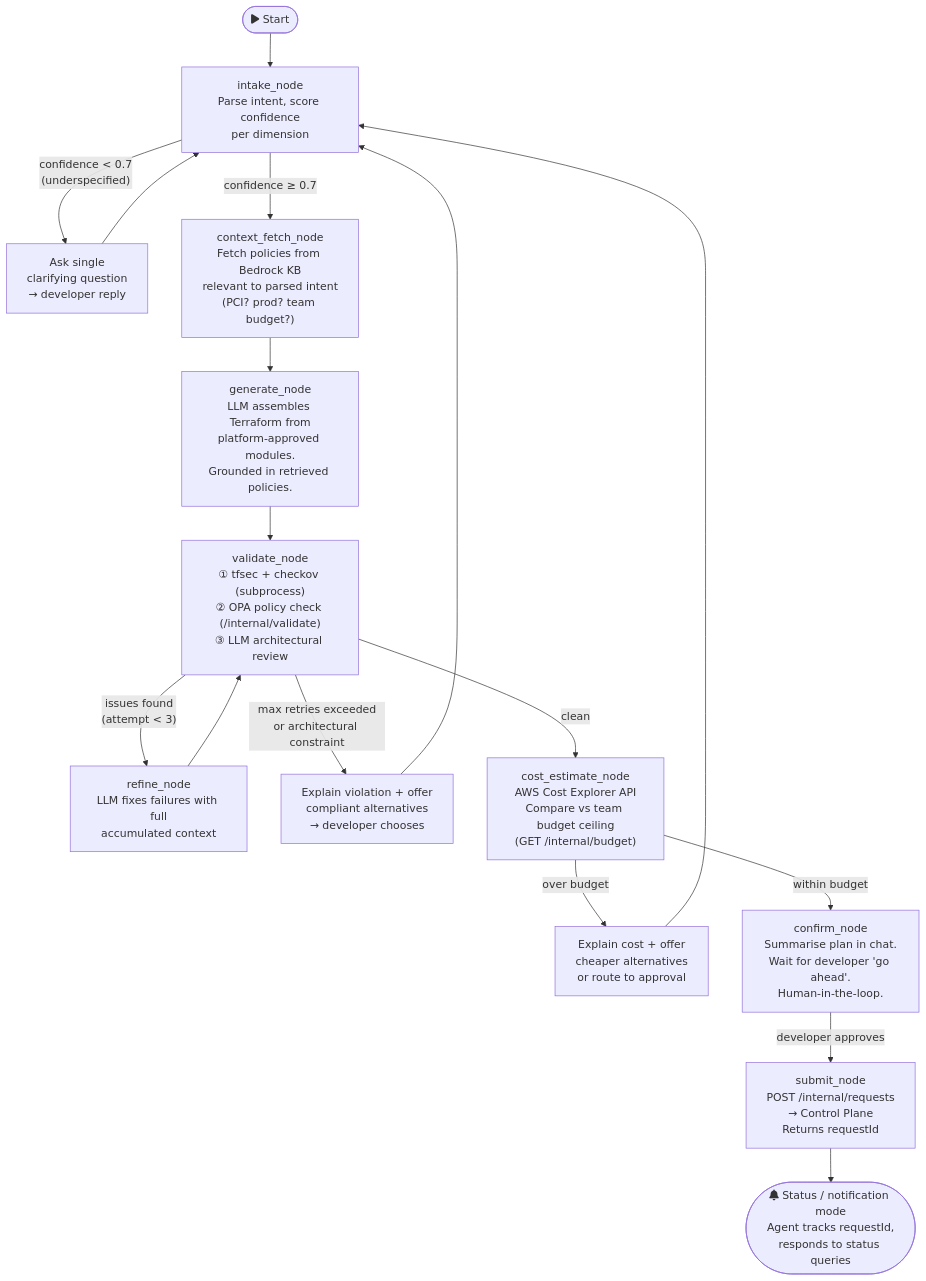
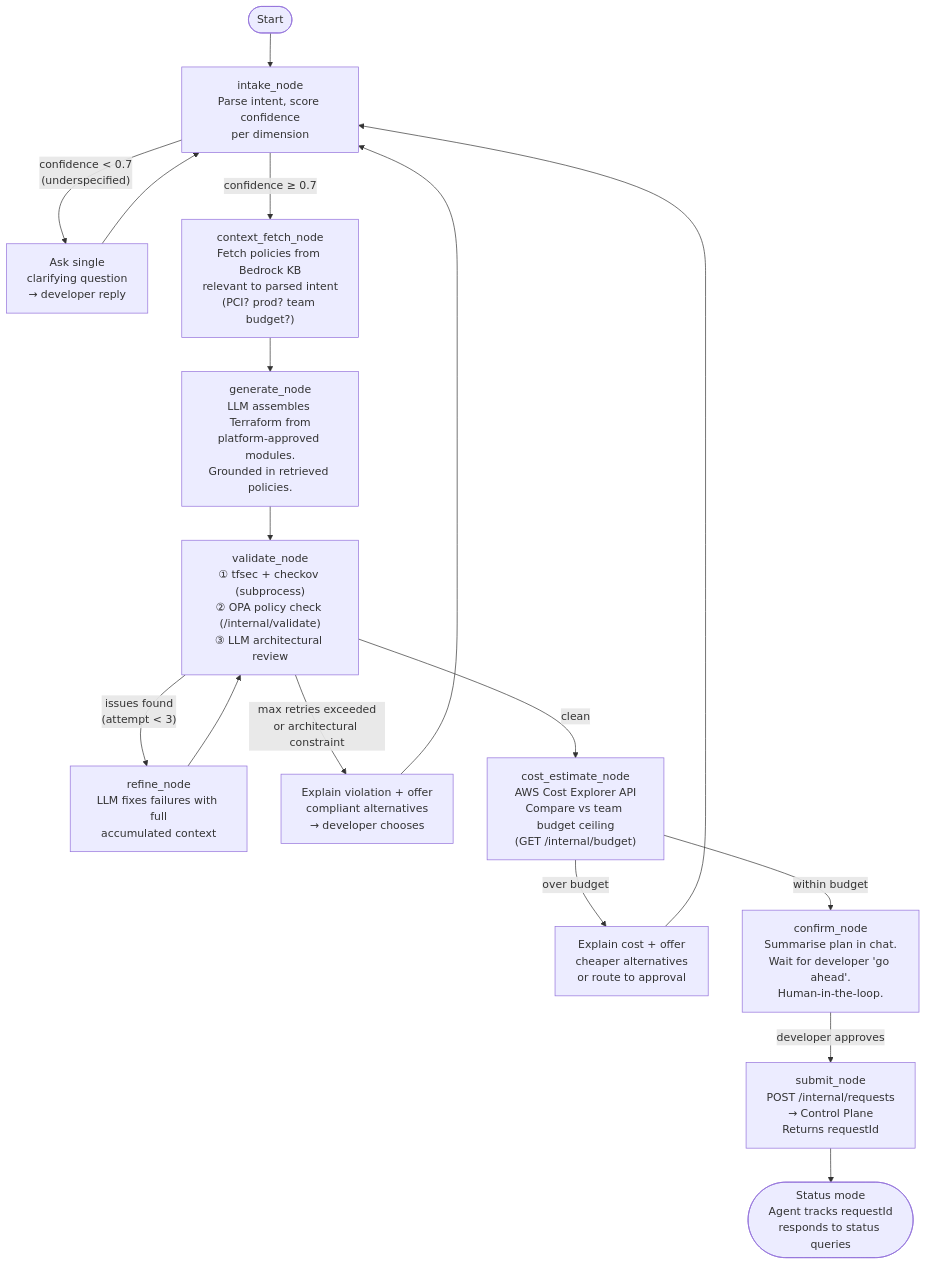
The first of 3 diagrams in agent/README.md (thisissvikas/infraforge), drawn with Mermaid before and after one commit. The commit also changed 3 other files, not shown here.

Commit message:
fixed mermaid rendering issue

````diff
--- a/agent/README.md
+++ b/agent/README.md
@@ -42,44 +42,44 @@
 ```mermaid
 flowchart TD
-    START([fa:fa-play Start]) --> intake
+    START([Start]) --> intake
 
     intake["intake_node\nParse intent, score confidence\nper dimension"]
 
     intake -->|"confidence < 0.7\n(underspecified)"| ask["Ask single\nclarifying question\n→ developer reply"]
     ask --> intake
 
     intake -->|"confidence ≥ 0.7"| ctx_fetch
 
     ctx_fetch["context_fetch_node\nFetch policies from Bedrock KB\nrelevant to parsed intent\n(PCI? prod? team budget?)"]
     ctx_fetch --> generate
 
     generate["generate_node\nLLM assembles Terraform from\nplatform-approved modules.\nGrounded in retrieved policies."]
     generate --> validate
 
     validate["validate_node\n① tfsec + checkov (subprocess)\n② OPA policy check (/internal/validate)\n③ LLM architectural review"]
 
     validate -->|"issues found\n(attempt < 3)"| refine
 
     refine["refine_node\nLLM fixes failures with full\naccumulated context"]
     refine --> validate
 
     validate -->|"max retries exceeded\nor architectural constraint"| explain["Explain violation + offer\ncompliant alternatives\n→ developer chooses"]
     explain --> intake
 
     validate -->|clean| cost
 
     cost["cost_estimate_node\nAWS Cost Explorer API\nCompare vs team budget ceiling\n(GET /internal/budget)"]
 
     cost -->|"over budget"| over_budget["Explain cost + offer\ncheaper alternatives\nor route to approval"]
     over_budget --> intake
 
     cost -->|"within budget"| confirm
 
     confirm["confirm_node\nSummarise plan in chat.\nWait for developer 'go ahead'.\nHuman-in-the-loop."]
 
     confirm -->|"developer approves"| submit
 
     submit["submit_node\nPOST /internal/requests\n→ Control Plane\nReturns requestId"]
 
-    submit --> status_mode(["fa:fa-bell Status / notification mode\nAgent tracks requestId,\nresponds to status queries"])
+    submit --> status_mode(["Status mode\nAgent tracks requestId\nresponds to status queries"])
 ```
````
